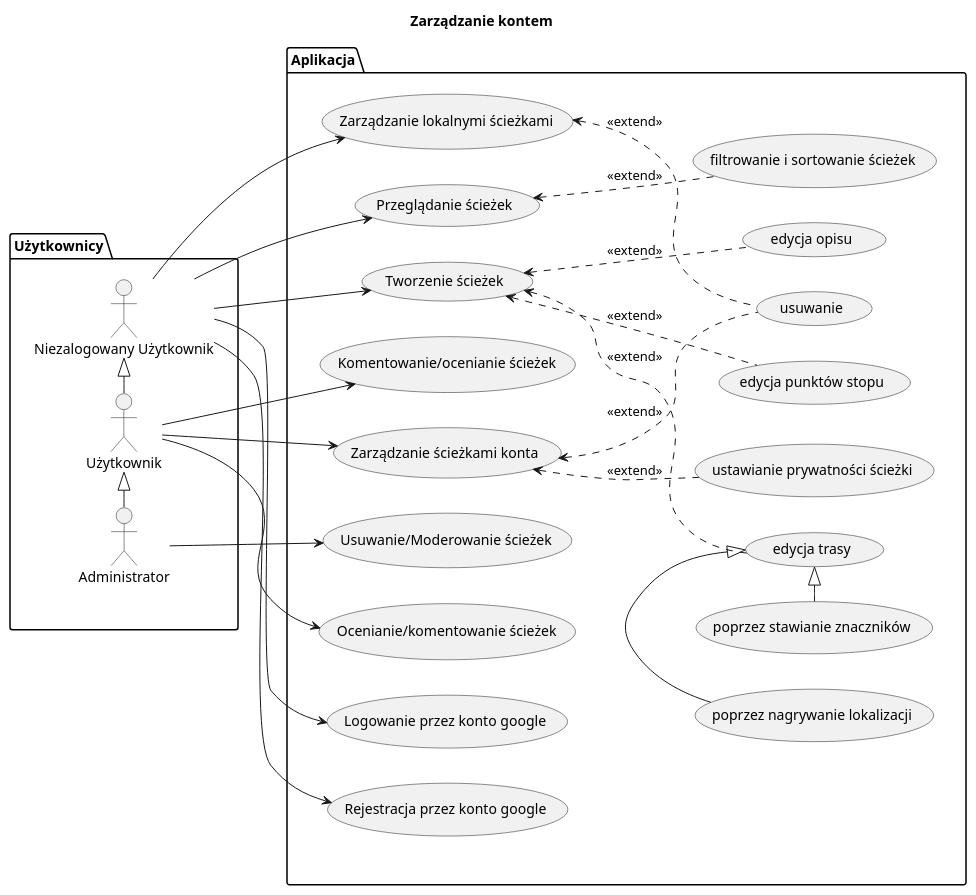
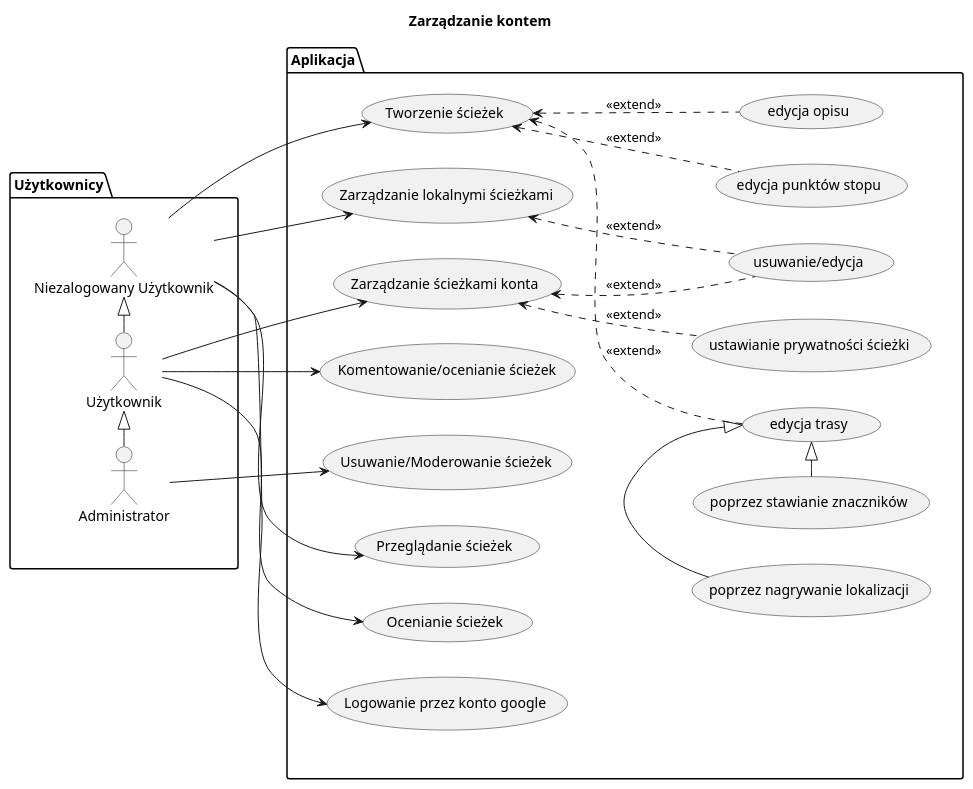
Before and after one commit to heisenshark/health-paths: the diagram in uml-diagrams/overall.puml, drawn with PlantUML. The commit also changed 16 other files, not shown here.

```diff
--- a/uml-diagrams/overall.puml
+++ b/uml-diagrams/overall.puml
@@ -1,92 +1,92 @@
 @startuml
 
 title "Zarządzanie kontem"
 ' skinparam nodesep 100
 ' skinparam linetype polyline
 left to right direction
 package Użytkownicy {
  actor "Niezalogowany Użytkownik" as uu
  actor "Użytkownik" as u
  actor "Administrator" as admin
  admin -|> u
  u -|> uu
 }
 
 Użytkownicy --[hidden]r--> Aplikacja
 
 ' actor "Firebase" as fb
 ' Aplikacja --[hidden]l--> fb
 package Aplikacja {
  together {
   together {
    usecase "Logowanie przez konto google" as u1
-   usecase "Rejestracja przez konto google" as u2
+   ' usecase "Rejestracja przez konto google" as u2
   }
-  usecase "Ocenianie/komentowanie ścieżek" as u3
+  usecase "Ocenianie ścieżek" as u3
   usecase "Tworzenie ścieżek" as u4
   usecase "Przeglądanie ścieżek" as u5
   usecase "Zarządzanie lokalnymi ścieżkami" as u8
  }
  usecase "Komentowanie/ocenianie ścieżek" as u7
  usecase "Zarządzanie ścieżkami konta" as u6
  usecase "Usuwanie/Moderowanie ścieżek" as u10
  together {
   usecase "edycja trasy" as u12
   usecase "poprzez stawianie znaczników" as u13
   usecase "poprzez nagrywanie lokalizacji" as u14
  }
 
- usecase "filtrowanie i sortowanie ścieżek" as u9
+ ' usecase "filtrowanie i sortowanie ścieżek" as u9
  usecase "edycja punktów stopu" as u15
  usecase "edycja opisu" as u16
  usecase "ustawianie prywatności ścieżki" as u17
- usecase "usuwanie" as u18
+ usecase "usuwanie/edycja" as u18
 }
 ' layout
 ' u <|-- admin
 ' uu <|-- u
 
 ' u --u-|>uu
 ' admin--u-|>u
 
 uu --> u1
-uu --> u2
+' uu --> u2
 uu --> u4
 uu --> u5
 uu --> u8
 
 
 u --> u3
 u --> u6
 u --> u7
 
 admin --> u10
 
 u13 -|> u12
 u14 -|> u12
 
 u15 .u.>  u4 : <<extend>>
 u16 .u.>  u4 : <<extend>>
 u12 .u.> u4 : <<extend>>
 
-u9 .u.> u5 : <<extend>>
+' u9 .u.> u5 : <<extend>>
 
 u17 .u.> u6 : <<extend>>
 u18 .u.> u6 : <<extend>>
 
 u18 .u.> u8 : <<extend>>
 
 ' fb -u-> u5
 ' fb -u-> u6
 ' fb -u-> u7
 ' fb -u-> u1
 ' fb -u-> u2
 
 
 ' u --> UC1
 ' u --> UC2
 ' u --> UC3
 ' u --> UC4
 ' UC4 <.. UC5 : <<extend>>
 ' UC2 <.. UC6 : <<extend>>
 @enduml
```
